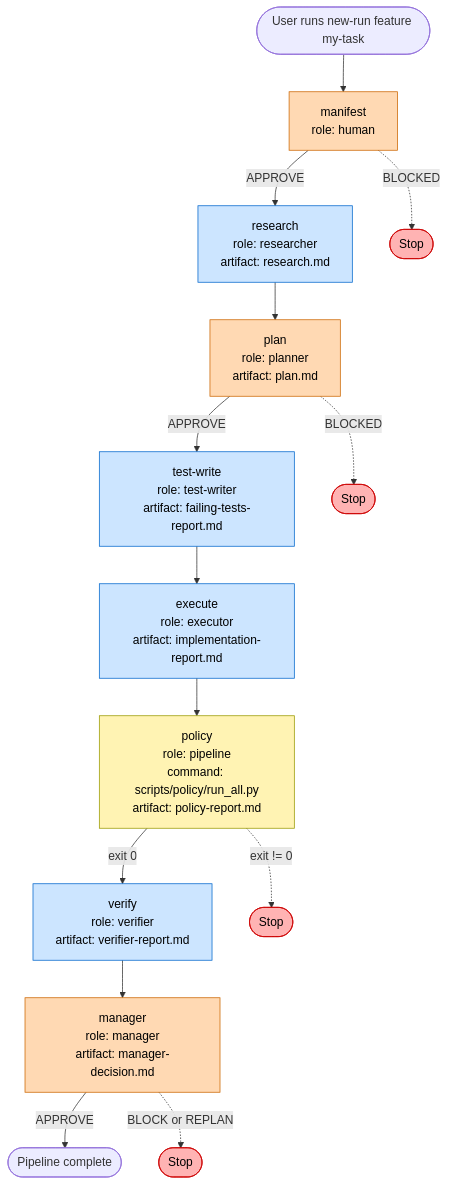
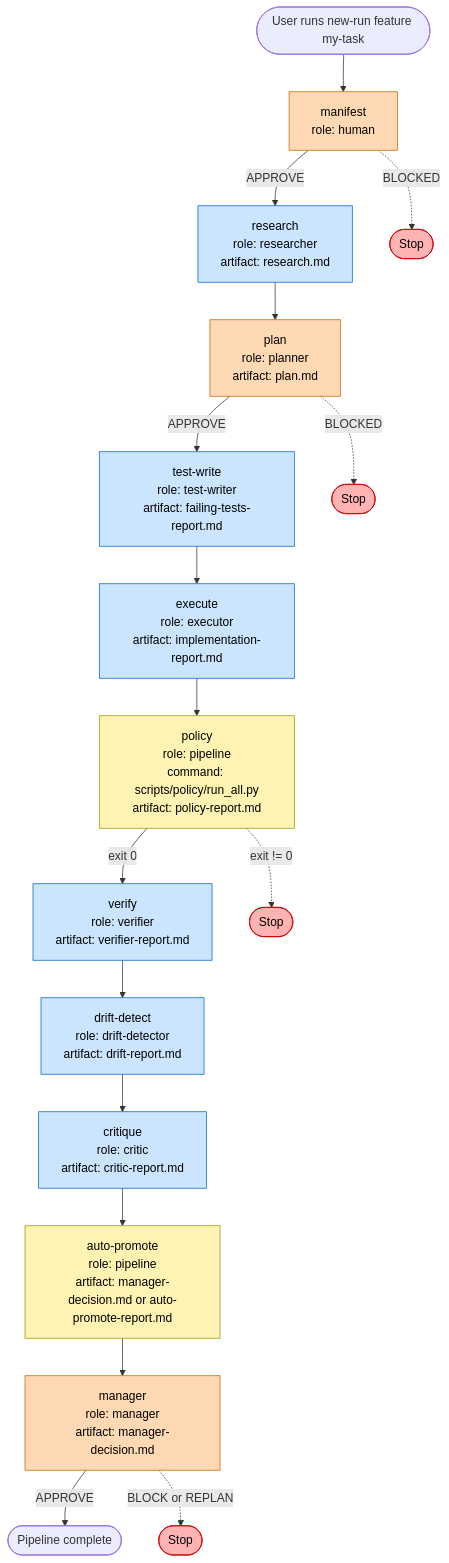
Before and after one commit to scottconverse/agent-pipeline-codex: the third of 13 diagrams in skills/agent-pipeline/references/ARCHITECTURE.md, drawn with Mermaid. The commit also changed other lines of this file and 12 other files, not shown here.

````diff
--- a/skills/agent-pipeline/references/ARCHITECTURE.md
+++ b/skills/agent-pipeline/references/ARCHITECTURE.md
@@ -93,27 +93,30 @@
 ```mermaid
 flowchart TB
     Start([User runs new-run feature my-task]) --> M[manifest<br/>role: human]
     M -- APPROVE --> R[research<br/>role: researcher<br/>artifact: research.md]
     R --> P[plan<br/>role: planner<br/>artifact: plan.md]
     P -- APPROVE --> TW[test-write<br/>role: test-writer<br/>artifact: failing-tests-report.md]
     TW --> E[execute<br/>role: executor<br/>artifact: implementation-report.md]
     E --> POL[policy<br/>role: pipeline<br/>command: scripts/policy/run_all.py<br/>artifact: policy-report.md]
     POL -- exit 0 --> V[verify<br/>role: verifier<br/>artifact: verifier-report.md]
-    V --> MGR[manager<br/>role: manager<br/>artifact: manager-decision.md]
+    V --> DD[drift-detect<br/>role: drift-detector<br/>artifact: drift-report.md]
+    DD --> C[critique<br/>role: critic<br/>artifact: critic-report.md]
+    C --> AP[auto-promote<br/>role: pipeline<br/>artifact: manager-decision.md or auto-promote-report.md]
+    AP --> MGR[manager<br/>role: manager<br/>artifact: manager-decision.md]
     MGR -- APPROVE --> Done([Pipeline complete])
 
     M -. BLOCKED .-> Stop1([Stop])
     P -. BLOCKED .-> Stop2([Stop])
     POL -. exit != 0 .-> Stop3([Stop])
     MGR -. BLOCK or REPLAN .-> Stop4([Stop])
 
     classDef human fill:#ffd9b3,stroke:#cc6600,color:#000
     classDef agent fill:#cce5ff,stroke:#0066cc,color:#000
     classDef policy fill:#fff3b3,stroke:#999900,color:#000
     classDef stop fill:#ffb3b3,stroke:#cc0000,color:#000
 
     class M,P,MGR human
-    class R,TW,E,V agent
-    class POL policy
+    class R,TW,E,V,DD,C agent
+    class POL,AP policy
     class Stop1,Stop2,Stop3,Stop4 stop
 ```
````
